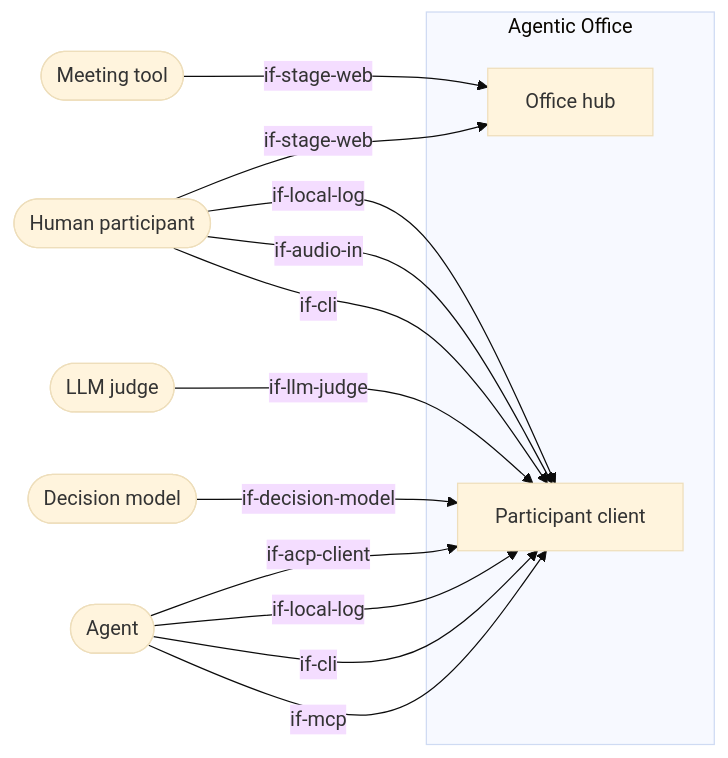
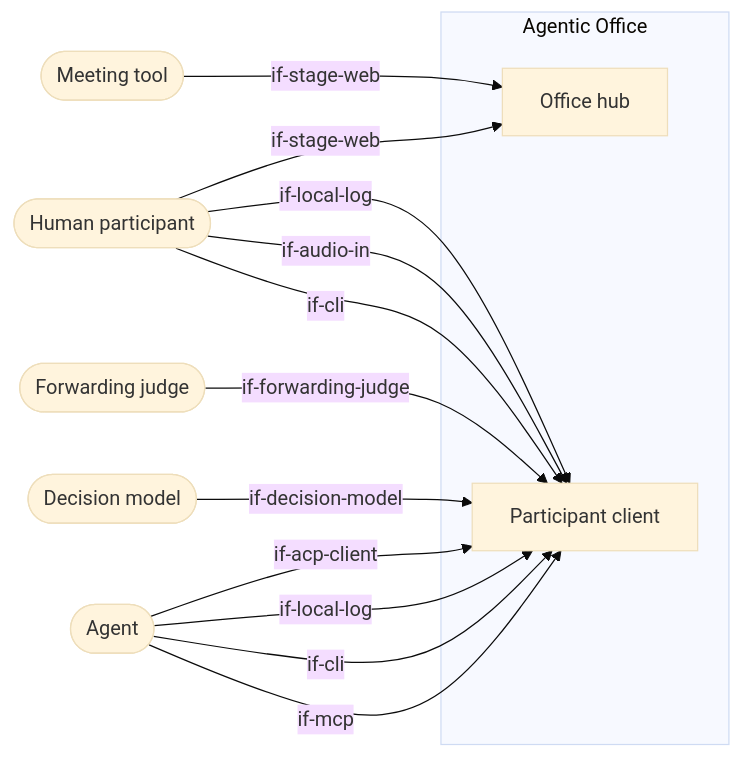
One commit to mrsimpson/agentic-office changed the diagram in docs/architecture/03-system-context.arc42.md. Above: the diagram before and after it, drawn with Mermaid (base theme). The commit also changed other lines of this file and 28 other files, not shown here.

First line of the commit message:
Agent runner: one wake seam, fixed fallback, forwarding judge (#100)

````diff
--- a/docs/architecture/03-system-context.arc42.md
+++ b/docs/architecture/03-system-context.arc42.md
@@ -19,23 +20,23 @@
 ```mermaid
 flowchart LR
     actor_agent([Agent])
     actor_decision_model([Decision model])
-    actor_llm_judge([LLM judge])
+    actor_forwarding_judge([Forwarding judge])
     actor_human([Human participant])
     actor_meeting_tool([Meeting tool])
     subgraph office [Agentic Office]
         bb_office_hub[Office hub]
         bb_participant_client[Participant client]
     end
     actor_agent -->|if-mcp| bb_participant_client
     actor_agent -->|if-cli| bb_participant_client
     actor_agent -->|if-local-log| bb_participant_client
     actor_agent -->|if-acp-client| bb_participant_client
     actor_decision_model -->|if-decision-model| bb_participant_client
-    actor_llm_judge -->|if-llm-judge| bb_participant_client
+    actor_forwarding_judge -->|if-forwarding-judge| bb_participant_client
     actor_human -->|if-cli| bb_participant_client
     actor_human -->|if-audio-in| bb_participant_client
     actor_human -->|if-local-log| bb_participant_client
     actor_human -->|if-stage-web| bb_office_hub
     actor_meeting_tool -->|if-stage-web| bb_office_hub
 ```
````
